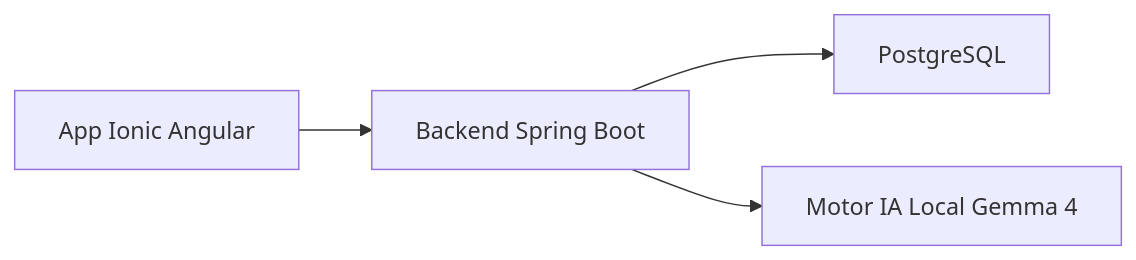
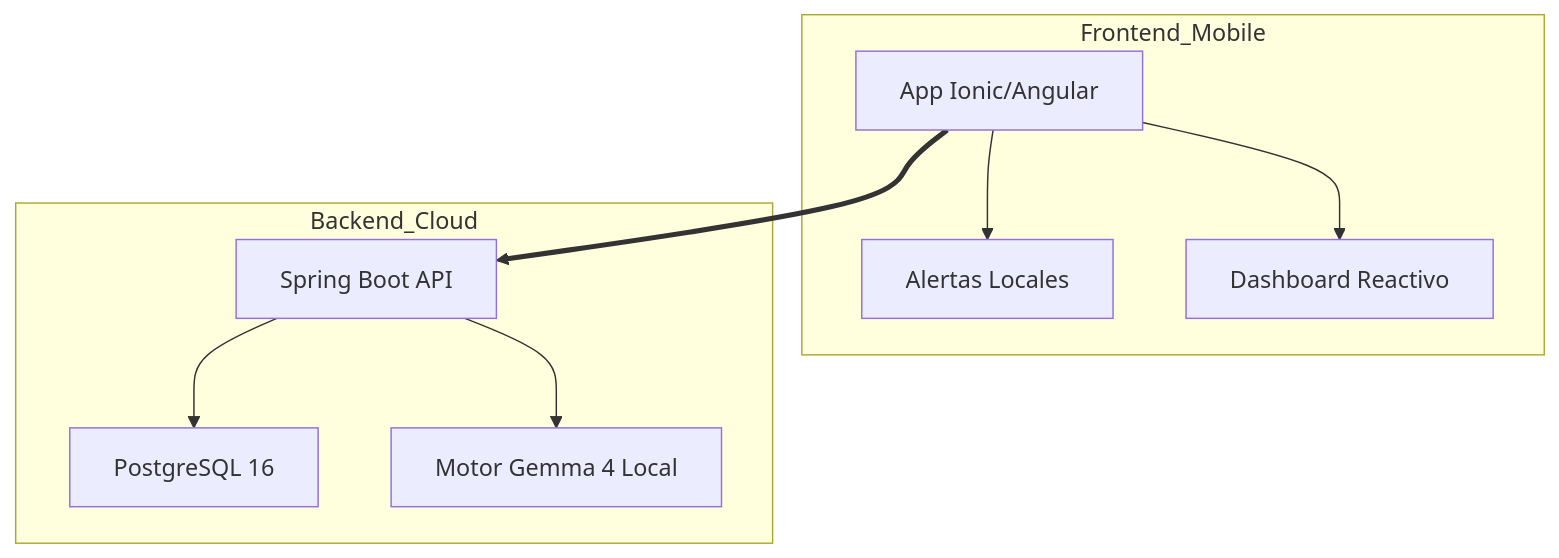
The diagram in README.md (NeutroFury/VitalSY), drawn with Mermaid before and after one commit. The commit also changed other lines of this file, not shown here.

````diff
--- a/README.md
+++ b/README.md
@@ -46,6 +27,12 @@
-``` mermaid
-flowchart LR
-    A[App Ionic Angular] --> B[Backend Spring Boot]
-    B --> C[PostgreSQL]
-    B --> D[Motor IA Local Gemma 4]
+```mermaid
+graph TD
+    subgraph Frontend_Mobile
+    A[App Ionic/Angular] --> B[Alertas Locales]
+    A --> C[Dashboard Reactivo]
+    end
+    subgraph Backend_Cloud
+    D[Spring Boot API] --> E[PostgreSQL 16]
+    D --> F[Motor Gemma 4 Local]
+    end
+    A ==> D
 ```
````
